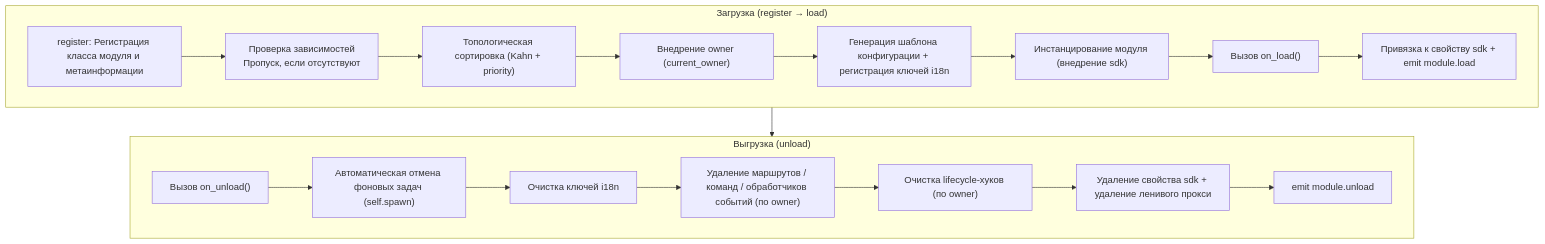
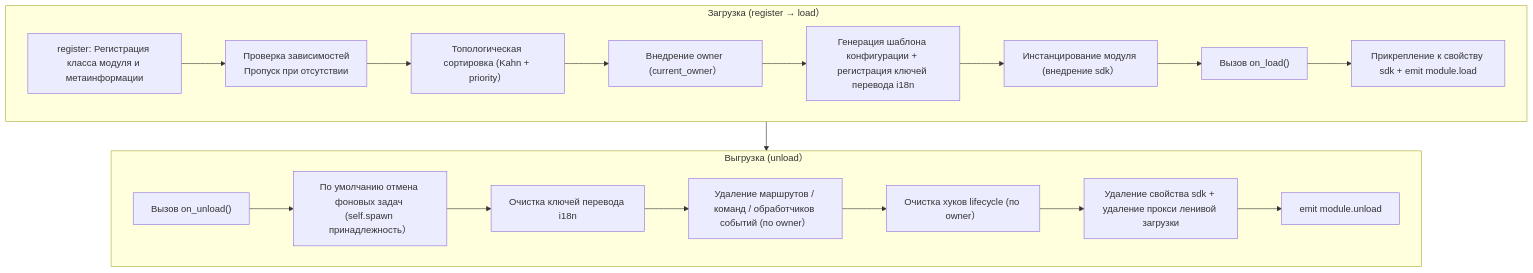
One commit to ErisPulse/ErisPulse changed the diagram in docs/ru/developer-guide/modules/core-concepts.md. Above: the diagram before and after it, drawn with Mermaid. The commit also changed other lines of this file and 234 other files, not shown here.

````diff
--- a/docs/ru/developer-guide/modules/core-concepts.md
+++ b/docs/ru/developer-guide/modules/core-concepts.md
@@ -112,23 +111,23 @@
 ```mermaid
 flowchart TD
-    subgraph Load["Загрузка (register → load)"]
-        L1["register: Регистрация класса модуля и метаинформации"] --> L2["Проверка зависимостей<br/>Пропуск, если отсутствуют"]
-        L2 --> L3["Топологическая сортировка (Kahn + priority)"]
-        L3 --> L4["Внедрение owner (current_owner)"]
-        L4 --> L5["Генерация шаблона конфигурации + регистрация ключей i18n"]
-        L5 --> L6["Инстанцирование модуля (внедрение sdk)"]
+    subgraph Load["Загрузка (register → load）"]
+        L1["register: Регистрация класса модуля и метаинформации"] --> L2["Проверка зависимостей<br/>Пропуск при отсутствии"]
+        L2 --> L3["Топологическая сортировка (Kahn + priority）"]
+        L3 --> L4["Внедрение owner (current_owner）"]
+        L4 --> L5["Генерация шаблона конфигурации + регистрация ключей перевода i18n"]
+        L5 --> L6["Инстанцирование модуля (внедрение sdk）"]
         L6 --> L7["Вызов on_load()"]
-        L7 --> L8["Привязка к свойству sdk + emit module.load"]
+        L7 --> L8["Прикрепление к свойству sdk + emit module.load"]
     end
 
-    subgraph Unload["Выгрузка (unload)"]
-        U1["Вызов on_unload()"] --> U2["Автоматическая отмена фоновых задач (self.spawn)"]
-        U2 --> U3["Очистка ключей i18n"]
-        U3 --> U4["Удаление маршрутов / команд / обработчиков событий (по owner)"]
-        U4 --> U5["Очистка lifecycle-хуков (по owner)"]
-        U5 --> U6["Удаление свойства sdk + удаление ленивого прокси"]
+    subgraph Unload["Выгрузка (unload）"]
+        U1["Вызов on_unload()"] --> U2["По умолчанию отмена фоновых задач (self.spawn принадлежность）"]
+        U2 --> U3["Очистка ключей перевода i18n"]
+        U3 --> U4["Удаление маршрутов / команд / обработчиков событий (по owner）"]
+        U4 --> U5["Очистка хуков lifecycle (по owner）"]
+        U5 --> U6["Удаление свойства sdk + удаление прокси ленивой загрузки"]
         U6 --> U7["emit module.unload"]
     end
 
     Load --> Unload
 ```
````
